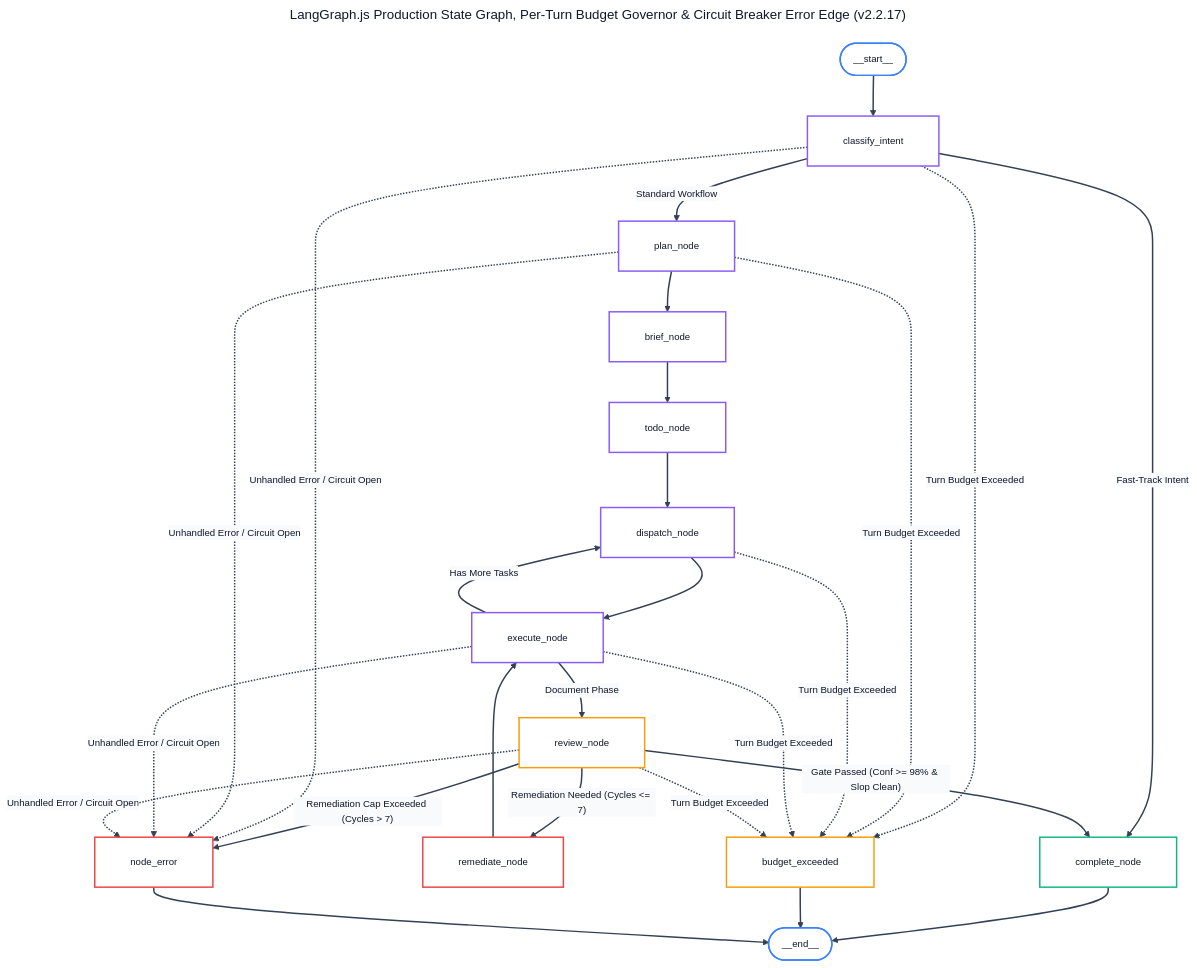
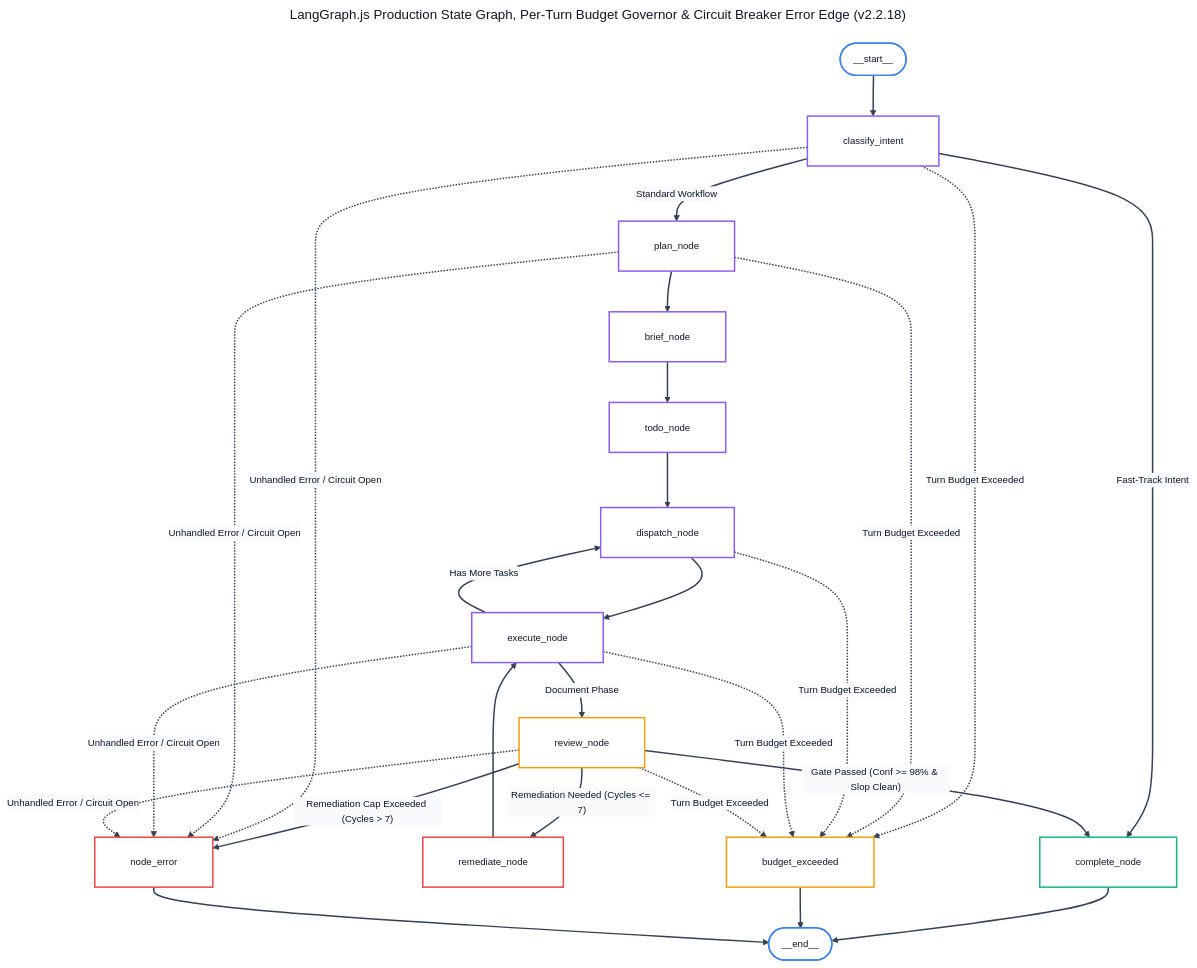
Diagram 16 of 19 in docs/ALL-WORKFLOW-DIAGRAMS.md (andycungkrinx91/konoha), drawn with Mermaid before and after one commit. The commit also changed other lines of this file and 36 other files, not shown here.

````diff
--- a/docs/ALL-WORKFLOW-DIAGRAMS.md
+++ b/docs/ALL-WORKFLOW-DIAGRAMS.md
@@ -1075,73 +1075,73 @@
 ```mermaid
 ---
-title: LangGraph.js Production State Graph, Per-Turn Budget Governor & Circuit Breaker Error Edge (v2.2.17)
+title: LangGraph.js Production State Graph, Per-Turn Budget Governor & Circuit Breaker Error Edge (v2.2.18)
 config:
   theme: base
   themeVariables:
     darkMode: false
     background: '#ffffff'
     mainBkg: '#ffffff'
     primaryColor: '#ffffff'
     primaryTextColor: '#0f172a'
     primaryBorderColor: '#8b5cf6'
     lineColor: '#334155'
     arrowheadColor: '#334155'
     secondaryColor: '#f8fafc'
     tertiaryColor: '#ffffff'
     fontFamily: 'Inter, system-ui, -apple-system, sans-serif'
     fontSize: '13px'
   flowchart:
     nodeSpacing: 45
     rankSpacing: 55
     padding: 24
     wrappingWidth: 380
 ---
 flowchart TD
     StartGraph([__start__]) --> ClassifyNode[classify_intent]
     
     ClassifyNode -- "Fast-Track Intent" --> CompleteNode[complete_node]
     ClassifyNode -- "Standard Workflow" --> PlanNode[plan_node]
     
     PlanNode --> BriefNode[brief_node]
     BriefNode --> TodoNode[todo_node]
     TodoNode --> DispatchNode[dispatch_node]
     
     DispatchNode --> ExecuteNode[execute_node]
     
     ExecuteNode -- "Has More Tasks" --> DispatchNode
     ExecuteNode -- "Document Phase" --> ReviewNode[review_node]
     
     ReviewNode -- "Gate Passed (Conf >= 98% & Slop Clean)" --> CompleteNode
     ReviewNode -- "Remediation Needed (Cycles <= 7)" --> RemediateNode[remediate_node]
     ReviewNode -- "Remediation Cap Exceeded (Cycles > 7)" --> ErrorNode[node_error]
     
     RemediateNode --> ExecuteNode
     
     ClassifyNode -. "Turn Budget Exceeded" .-> BudgetNode[budget_exceeded]
     PlanNode -. "Turn Budget Exceeded" .-> BudgetNode
     DispatchNode -. "Turn Budget Exceeded" .-> BudgetNode
     ExecuteNode -. "Turn Budget Exceeded" .-> BudgetNode
     ReviewNode -. "Turn Budget Exceeded" .-> BudgetNode
     
     ClassifyNode -. "Unhandled Error / Circuit Open" .-> ErrorNode
     PlanNode -. "Unhandled Error / Circuit Open" .-> ErrorNode
     ExecuteNode -. "Unhandled Error / Circuit Open" .-> ErrorNode
     ReviewNode -. "Unhandled Error / Circuit Open" .-> ErrorNode
     
     CompleteNode --> EndGraph([__end__])
     BudgetNode --> EndGraph
     ErrorNode --> EndGraph
     
     linkStyle default stroke:#334155,stroke-width:2px;
     classDef startEnd fill:#ffffff,stroke:#3b82f6,color:#0f172a,stroke-width:2px;
     classDef coreNode fill:#ffffff,stroke:#8b5cf6,color:#0f172a,stroke-width:2px;
     classDef warnNode fill:#ffffff,stroke:#f59e0b,color:#0f172a,stroke-width:2px;
     classDef errNode fill:#ffffff,stroke:#ef4444,color:#0f172a,stroke-width:2px;
     classDef successNode fill:#ffffff,stroke:#10b981,color:#0f172a,stroke-width:2px;
     
     class StartGraph,EndGraph startEnd;
     class ClassifyNode,PlanNode,BriefNode,TodoNode,DispatchNode,ExecuteNode coreNode;
     class BudgetNode,ReviewNode warnNode;
     class ErrorNode,RemediateNode errNode;
     class CompleteNode successNode;
 ```
````
